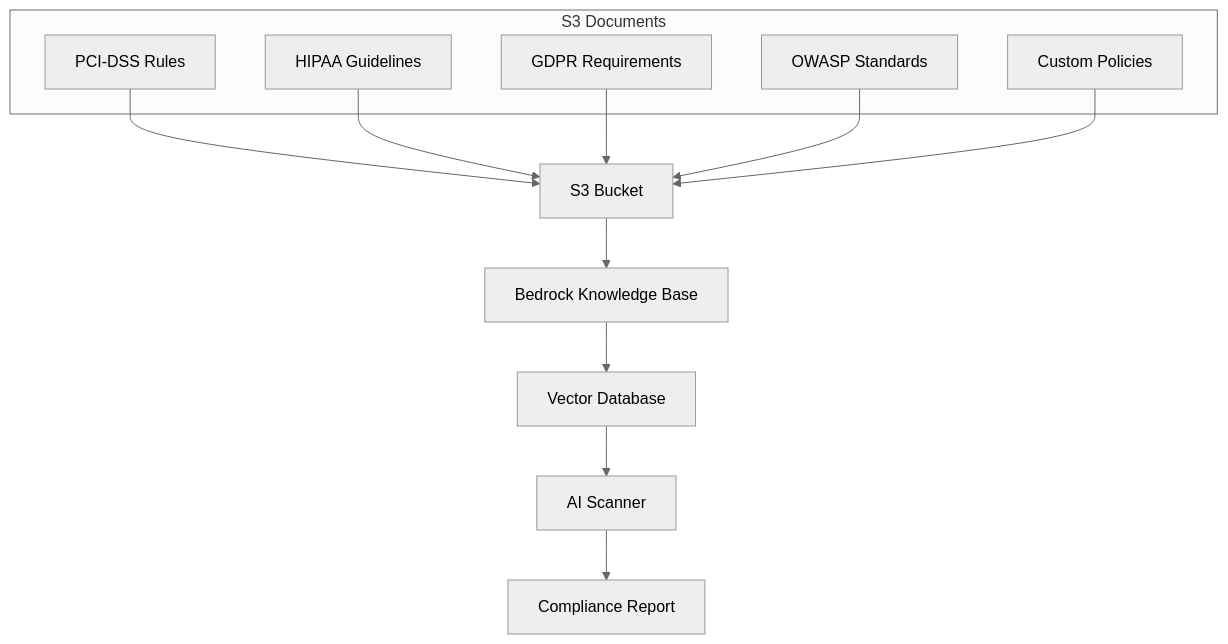
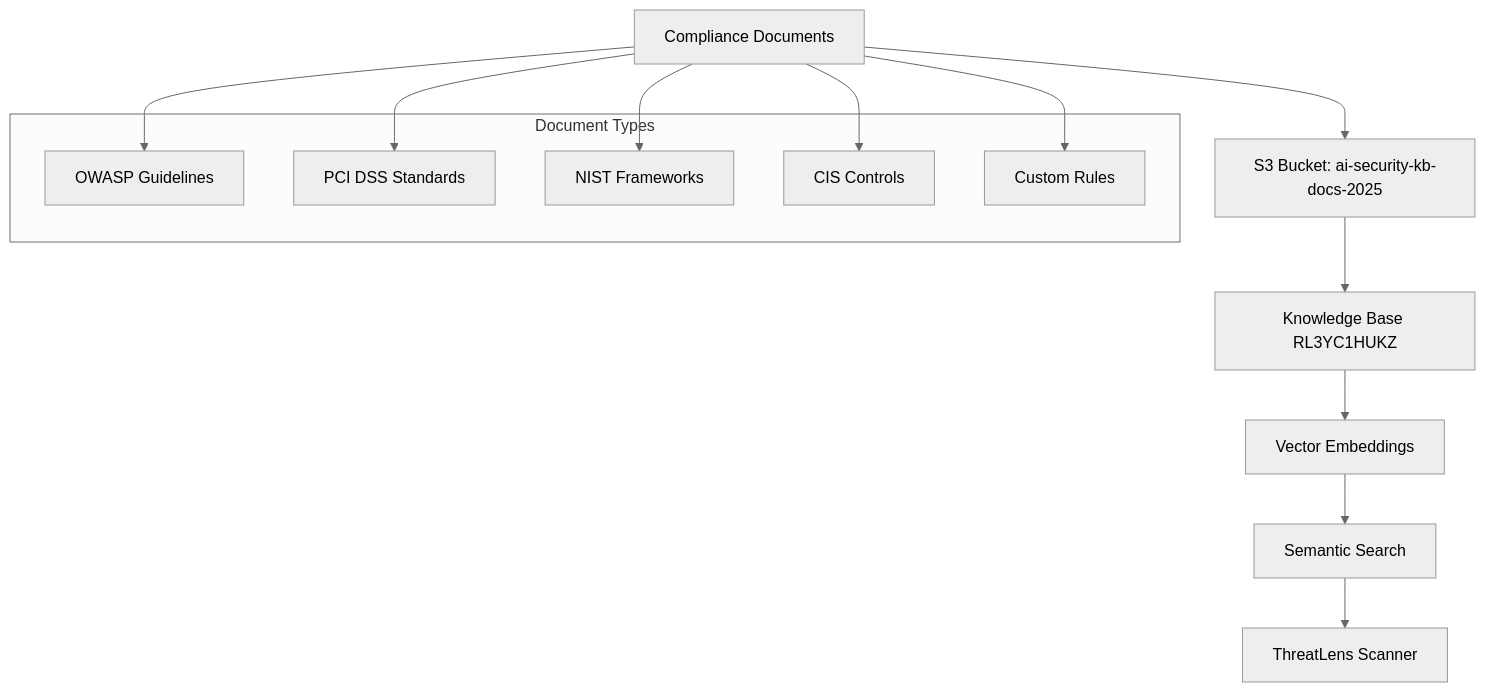
The diagram in docs/knowledge-base.md (devops-captain/Ai-Ops-Ci-CD), drawn with Mermaid (neutral theme) before and after one commit. The commit also changed other lines of this file and 9 other files, not shown here.

````diff
--- a/docs/knowledge-base.md
+++ b/docs/knowledge-base.md
@@ -9,21 +9,22 @@
 ```mermaid
 graph TB
-    A[S3 Bucket] --> B[Bedrock Knowledge Base]
-    B --> C[Vector Database]
-    C --> D[AI Scanner]
-    D --> E[Compliance Report]
+    A[Compliance Documents] --> B[S3 Bucket: ai-security-kb-docs-2025]
+    B --> C[Knowledge Base RL3YC1HUKZ]
+    C --> D[Vector Embeddings]
+    D --> E[Semantic Search]
+    E --> F[ThreatLens Scanner]
     
-    subgraph "S3 Documents"
-        F[PCI-DSS Rules]
-        G[HIPAA Guidelines]
-        H[GDPR Requirements]
-        I[OWASP Standards]
-        J[Custom Policies]
+    subgraph "Document Types"
+        G[OWASP Guidelines]
+        H[PCI DSS Standards]
+        I[NIST Frameworks]
+        J[CIS Controls]
+        K[Custom Rules]
     end
     
-    F --> A
-    G --> A
-    H --> A
-    I --> A
-    J --> A
+    A --> G
+    A --> H
+    A --> I
+    A --> J
+    A --> K
 ```
````
